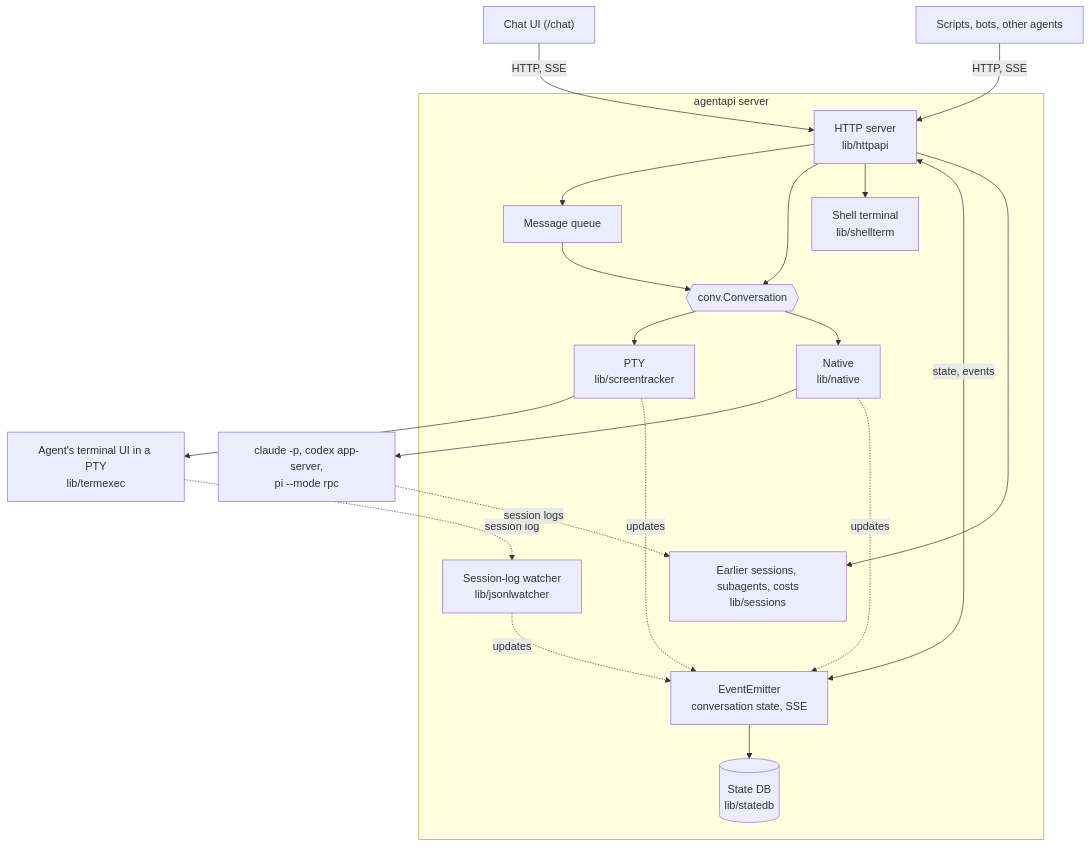
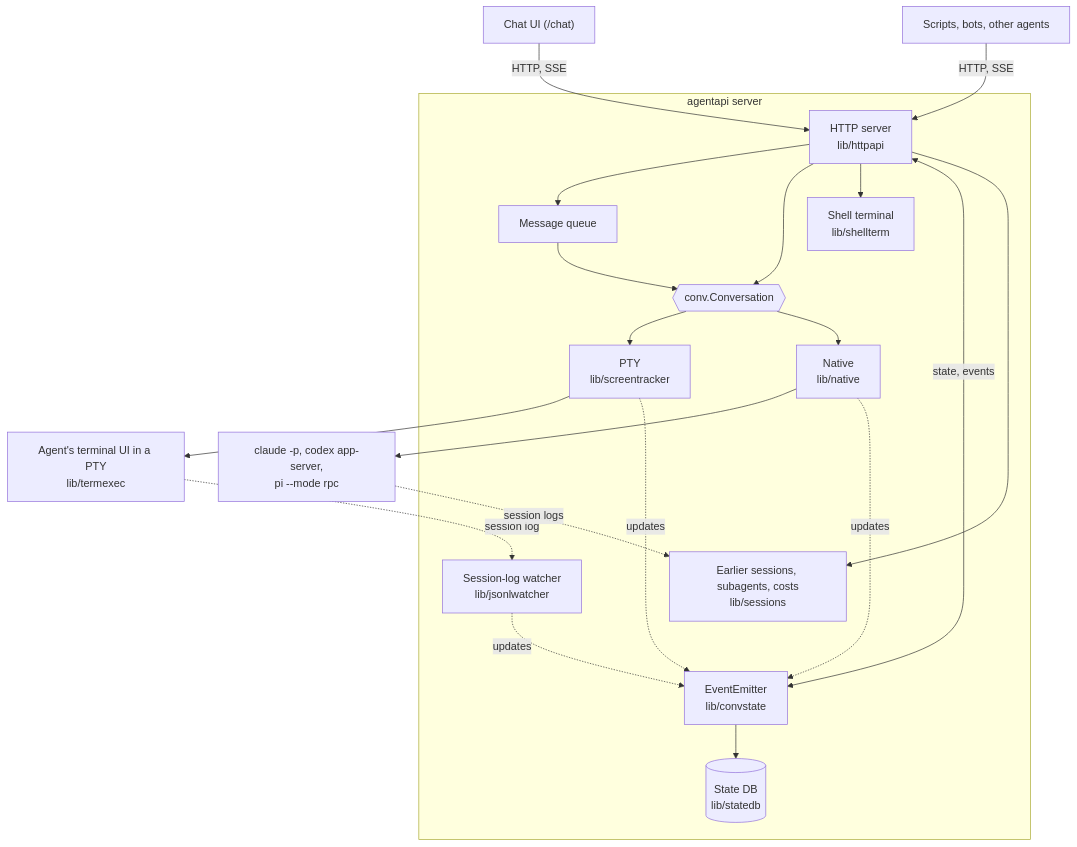
The first of 3 diagrams in docs/architecture.md (k1dav-c/agentapi), drawn with Mermaid before and after one commit. The commit also changed other lines of this file and 3 other files, not shown here.

````diff
--- a/docs/architecture.md
+++ b/docs/architecture.md
@@ -33,34 +33,34 @@
 ```mermaid
 flowchart TB
   chat["Chat UI (/chat)"]
   tools["Scripts, bots, other agents"]
   subgraph server["agentapi server"]
     http["HTTP server<br/>lib/httpapi"]
     queue["Message queue"]
-    emitter["EventEmitter<br/>conversation state, SSE"]
+    emitter["EventEmitter<br/>lib/convstate"]
     db[("State DB<br/>lib/statedb")]
     shell["Shell terminal<br/>lib/shellterm"]
     conv{{"conv.Conversation"}}
     pty["PTY<br/>lib/screentracker"]
     native["Native<br/>lib/native"]
     jsonl["Session-log watcher<br/>lib/jsonlwatcher"]
     sessions["Earlier sessions, subagents, costs<br/>lib/sessions"]
   end
   tui["Agent's terminal UI in a PTY<br/>lib/termexec"]
   proto["claude -p, codex app-server,<br/>pi --mode rpc"]
   chat -- "HTTP, SSE" --> http
   tools -- "HTTP, SSE" --> http
   http --> queue --> conv
   http --> conv
   http --> shell
   http <-- "state, events" --> emitter
   emitter --> db
   conv --> pty --> tui
   conv --> native --> proto
   tui -. "session log" .-> jsonl
   pty -. "updates" .-> emitter
   native -. "updates" .-> emitter
   jsonl -. "updates" .-> emitter
   http --> sessions
   proto -. "session logs" .-> sessions
 ```
````
